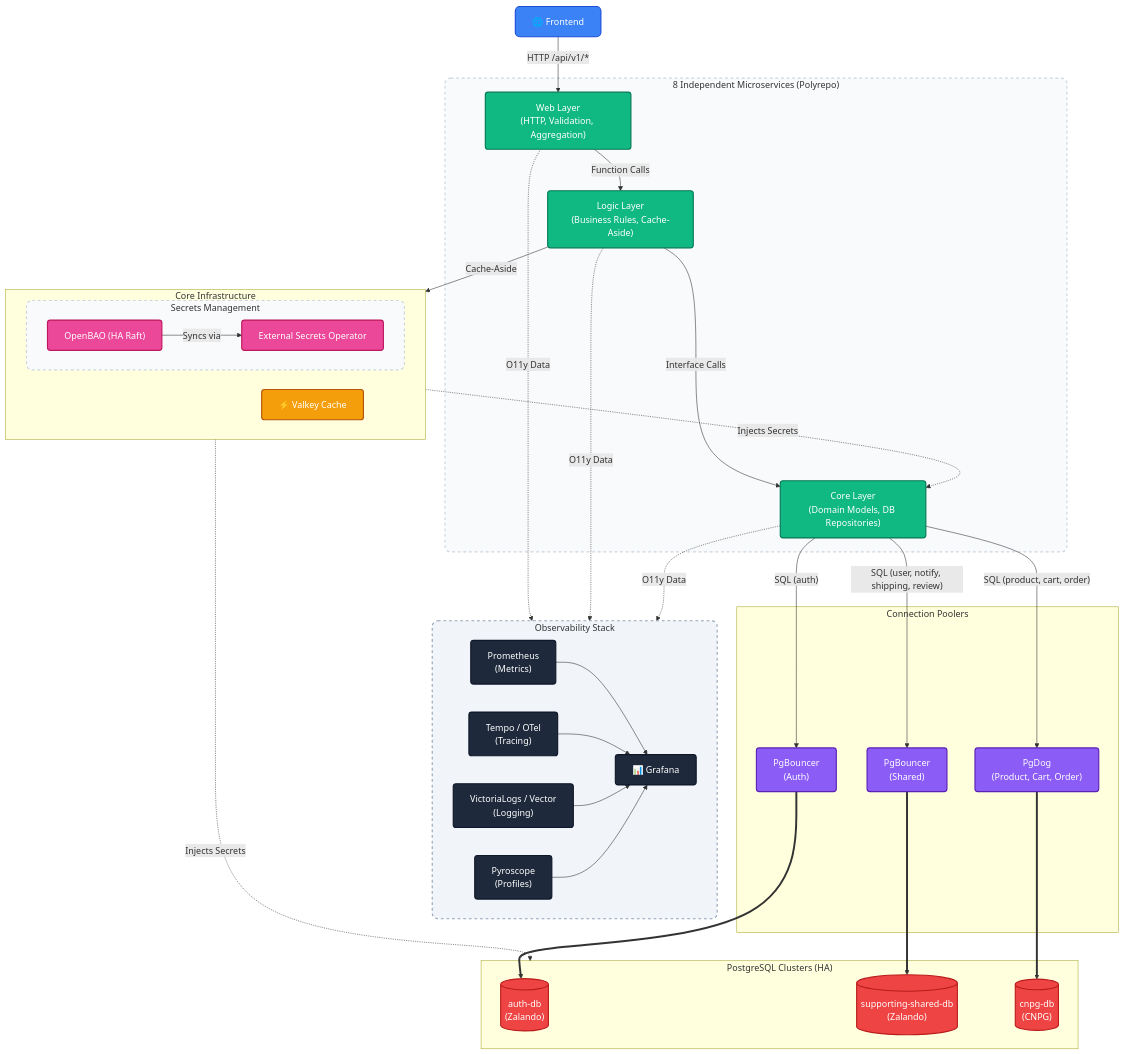
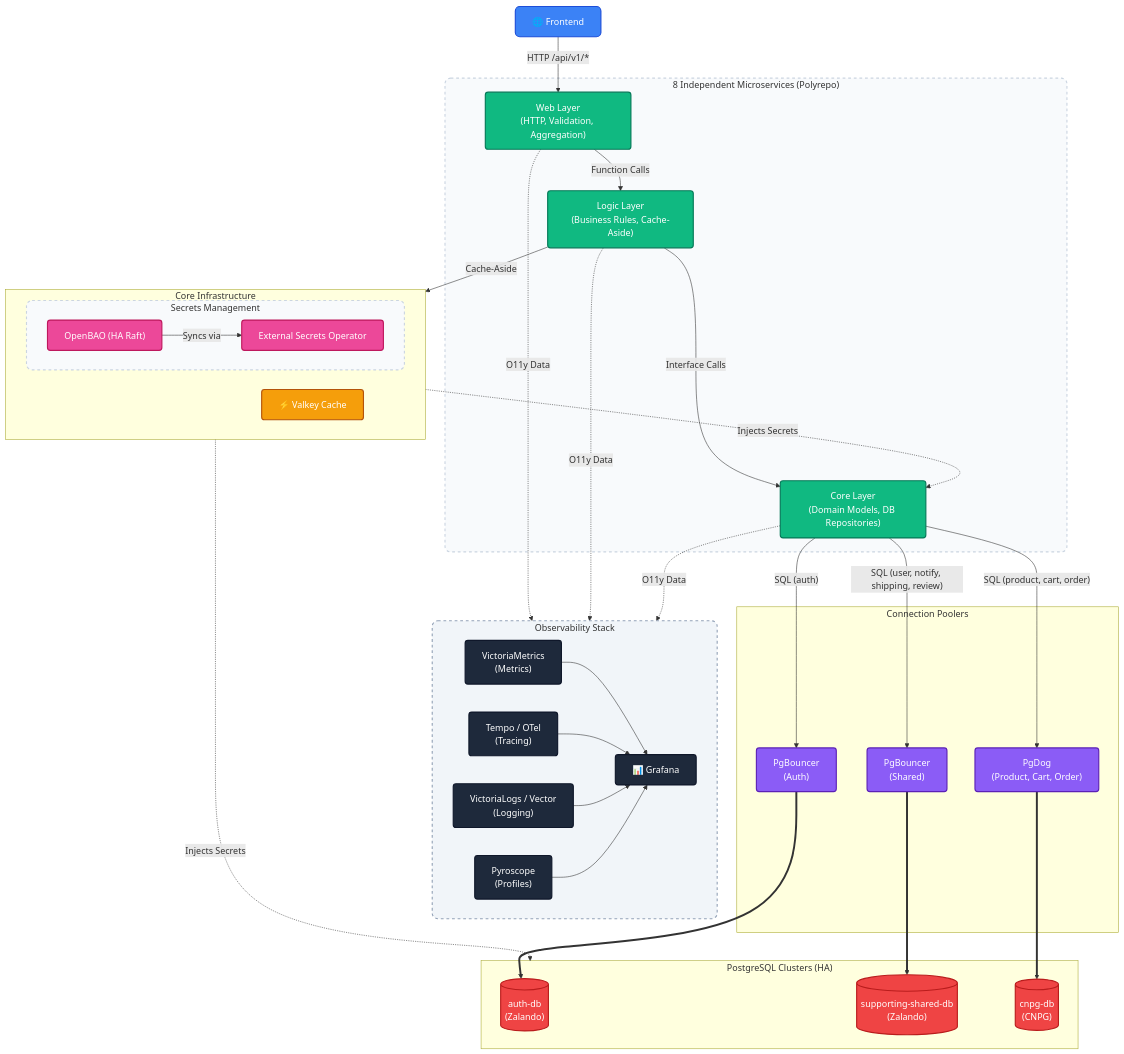
One commit to duynhlab/homelab changed the diagram in README.md. Above: the diagram before and after it, drawn with Mermaid. The commit also changed other lines of this file, not shown here.

```diff
--- a/README.md
+++ b/README.md
@@ -58,7 +58,7 @@
     %% Observability Layer
     subgraph Observability ["Observability Stack"]
         direction LR
-        prom["Prometheus<br/>(Metrics)"]:::obs
+        prom["VictoriaMetrics<br/>(Metrics)"]:::obs
         tempo["Tempo / OTel<br/>(Tracing)"]:::obs
         vlogs["VictoriaLogs / Vector<br/>(Logging)"]:::obs
         pyro["Pyroscope<br/>(Profiles)"]:::obs
```
